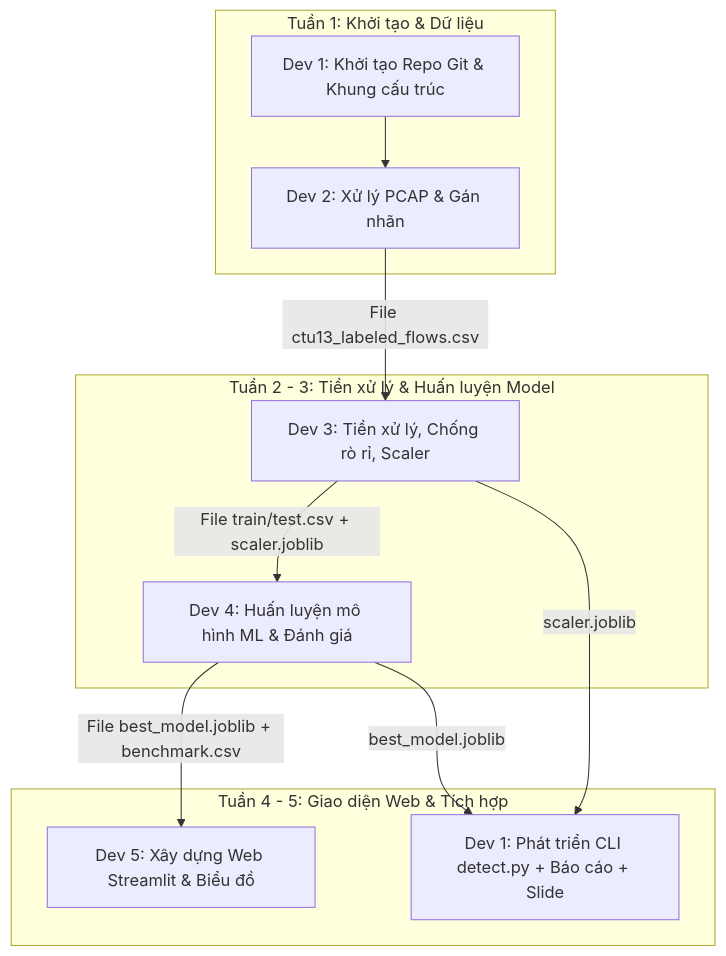
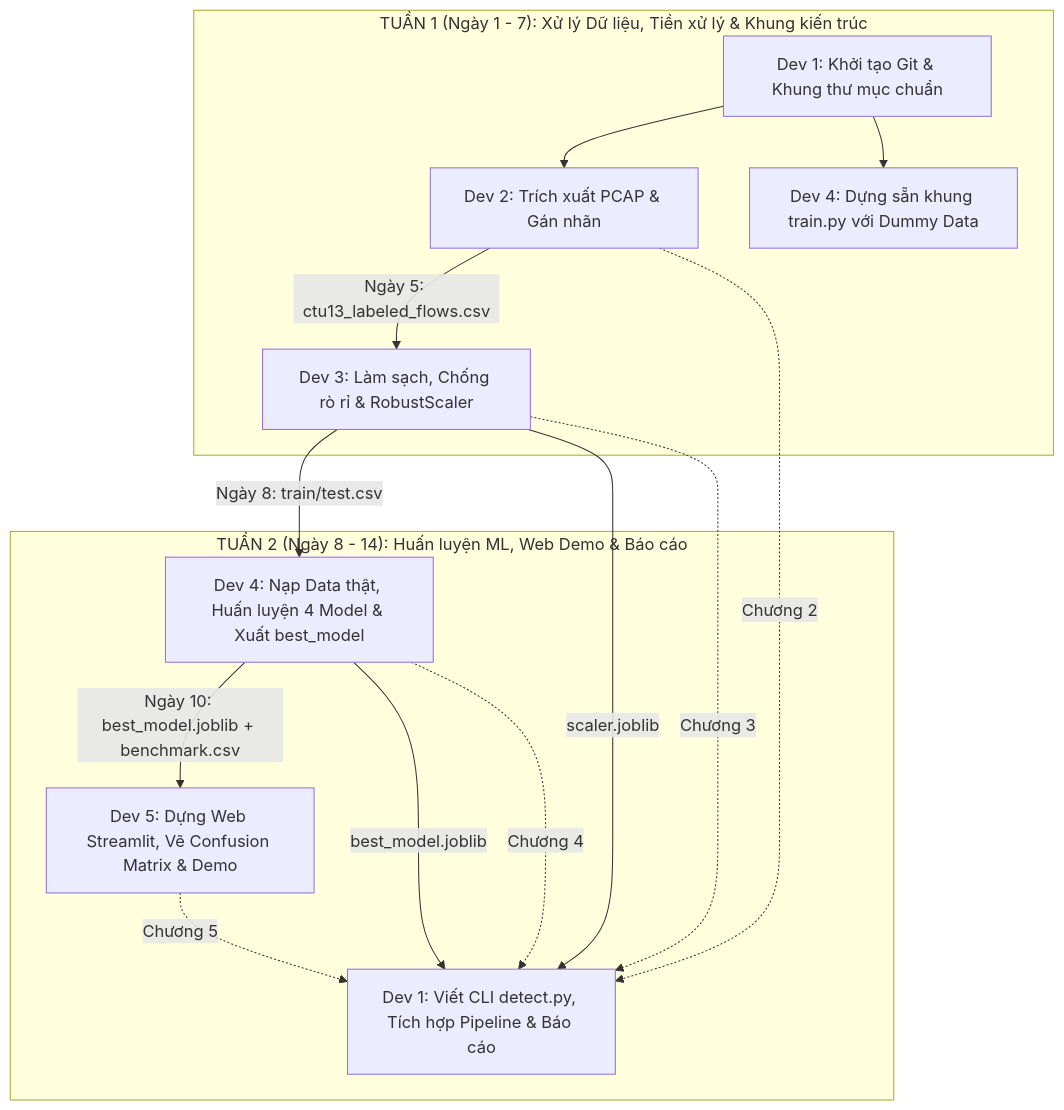
One commit to MoriFukasaki/Botnet_pipeline changed the diagram in TODO_LIST.md. Above: the diagram before and after it, drawn with Mermaid. The commit also changed other lines of this file and 1 other file, not shown here.

````diff
--- a/TODO_LIST.md
+++ b/TODO_LIST.md
@@ -11,23 +11,28 @@
 ```mermaid
 flowchart TD
-    subgraph Tuan1["Tuần 1: Khởi tạo & Dữ liệu"]
-        TV1_Git["Dev 1: Khởi tạo Repo Git & Khung cấu trúc"]
-        TV2_PCAP["Dev 2: Xử lý PCAP & Gán nhãn"]
-        TV1_Git --> TV2_PCAP
+    subgraph Tuan1["TUẦN 1 (Ngày 1 - 7): Xử lý Dữ liệu, Tiền xử lý & Khung kiến trúc"]
+        D1_Init["Dev 1: Khởi tạo Git & Khung thư mục chuẩn"]
+        D2_PCAP["Dev 2: Trích xuất PCAP & Gán nhãn"]
+        D3_Clean["Dev 3: Làm sạch, Chống rò rỉ & RobustScaler"]
+        D4_Frame["Dev 4: Dựng sẵn khung train.py với Dummy Data"]
+        
+        D1_Init --> D2_PCAP
+        D2_PCAP -- "Ngày 5: ctu13_labeled_flows.csv" --> D3_Clean
+        D1_Init --> D4_Frame
     end
 
-    subgraph Tuan2_3["Tuần 2 - 3: Tiền xử lý & Huấn luyện Model"]
-        TV3_Data["Dev 3: Tiền xử lý, Chống rò rỉ, Scaler"]
-        TV4_ML["Dev 4: Huấn luyện mô hình ML & Đánh giá"]
-        TV2_PCAP -- "File ctu13_labeled_flows.csv" --> TV3_Data
-        TV3_Data -- "File train/test.csv + scaler.joblib" --> TV4_ML
-    end
-
-    subgraph Tuan4_5["Tuần 4 - 5: Giao diện Web & Tích hợp"]
-        TV5_Web["Dev 5: Xây dựng Web Streamlit & Biểu đồ"]
-        TV1_End["Dev 1: Phát triển CLI detect.py + Báo cáo + Slide"]
-        TV4_ML -- "File best_model.joblib + benchmark.csv" --> TV5_Web
-        TV4_ML -- "best_model.joblib" --> TV1_End
-        TV3_Data -- "scaler.joblib" --> TV1_End
+    subgraph Tuan2["TUẦN 2 (Ngày 8 - 14): Huấn luyện ML, Web Demo & Báo cáo"]
+        D4_Train["Dev 4: Nạp Data thật, Huấn luyện 4 Model & Xuất best_model"]
+        D5_Web["Dev 5: Dựng Web Streamlit, Vẽ Confusion Matrix & Demo"]
+        D1_CLI["Dev 1: Viết CLI detect.py, Tích hợp Pipeline & Báo cáo"]
+        
+        D3_Clean -- "Ngày 8: train/test.csv" --> D4_Train
+        D3_Clean -- "scaler.joblib" --> D1_CLI
+        D4_Train -- "Ngày 10: best_model.joblib + benchmark.csv" --> D5_Web
+        D4_Train -- "best_model.joblib" --> D1_CLI
+        D2_PCAP -. "Chương 2" .-> D1_CLI
+        D3_Clean -. "Chương 3" .-> D1_CLI
+        D4_Train -. "Chương 4" .-> D1_CLI
+        D5_Web -. "Chương 5" .-> D1_CLI
     end
 ```
````
